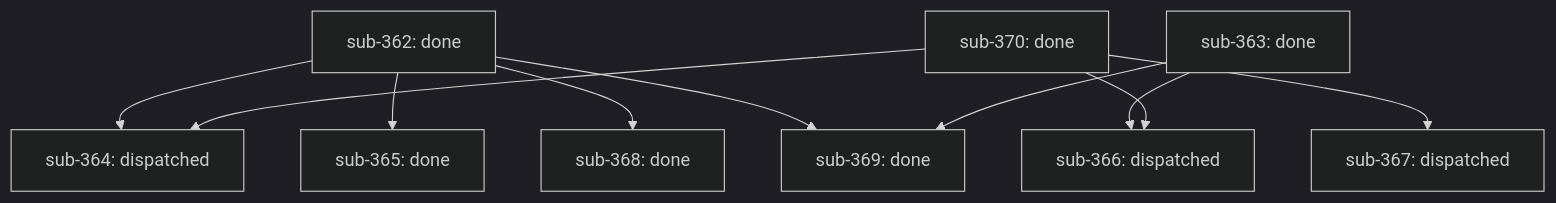
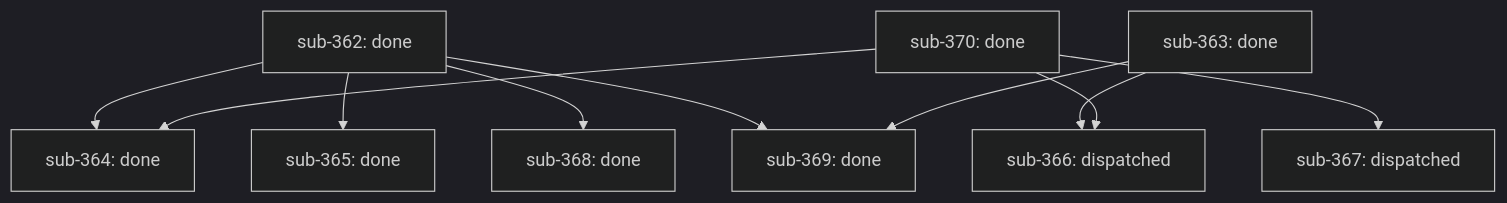
One commit to infiquetra/infiquetra-claude-plugins changed the diagram in docs/outcomes/tier-effort-first-class/report.md. Above: the diagram before and after it, drawn with Mermaid (dark theme). The commit also changed other lines of this file, not shown here.

Commit message:
docs(outcome): tier-effort-first-class 7/9 — sub-364 harvested (PR #509, re #364)

````diff
--- a/docs/outcomes/tier-effort-first-class/report.md
+++ b/docs/outcomes/tier-effort-first-class/report.md
@@ -7,21 +7,21 @@
 ```mermaid
 flowchart TD
     sub-362["sub-362: done"]
     sub-363["sub-363: done"]
-    sub-364["sub-364: dispatched"]
+    sub-364["sub-364: done"]
     sub-365["sub-365: done"]
     sub-366["sub-366: dispatched"]
     sub-367["sub-367: dispatched"]
     sub-368["sub-368: done"]
     sub-369["sub-369: done"]
     sub-370["sub-370: done"]
     sub-362 --> sub-364
     sub-370 --> sub-364
     sub-362 --> sub-365
     sub-363 --> sub-366
     sub-370 --> sub-366
     sub-370 --> sub-367
     sub-362 --> sub-368
     sub-362 --> sub-369
     sub-363 --> sub-369
 ```
````
